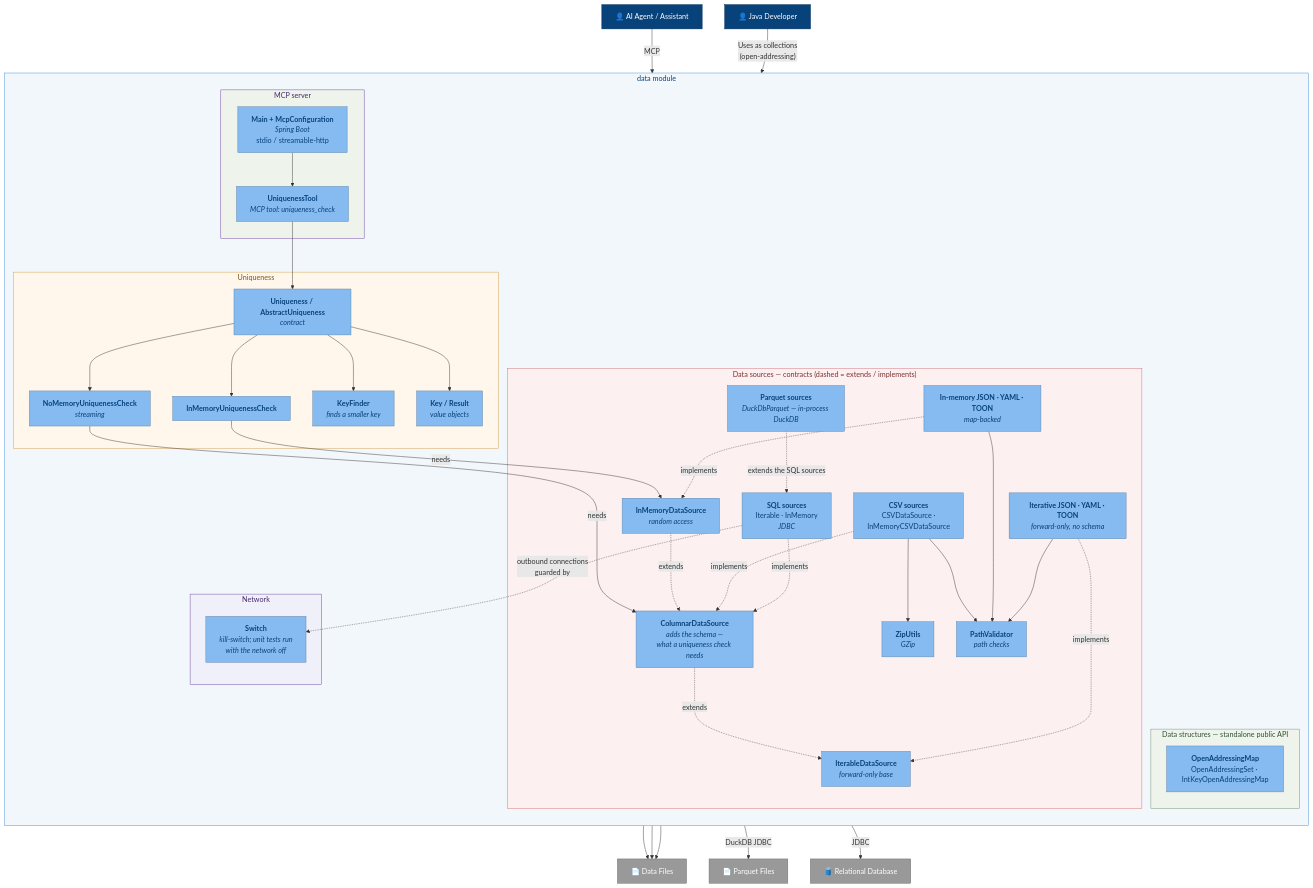
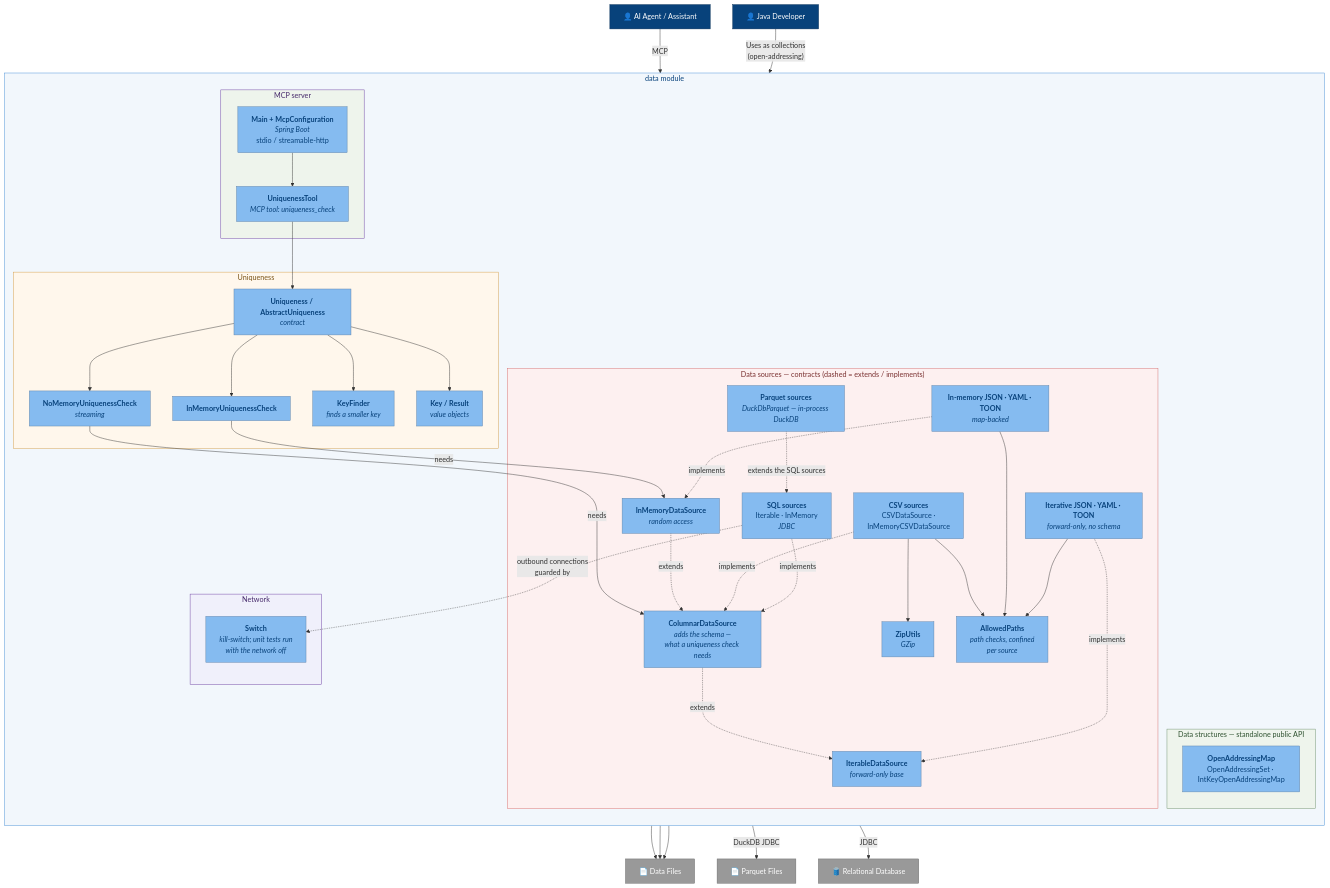
Before and after one commit to adamw7/tools: the third of 10 diagrams in docs/c4-architecture.md, drawn with Mermaid. The commit also changed 30 other files, not shown here.

```diff
--- a/docs/c4-architecture.md
+++ b/docs/c4-architecture.md
@@ -218,7 +218,7 @@
             parquetSrc["<b>Parquet sources</b><br/><i>DuckDbParquet — in-process DuckDB</i>"]
             jacksonMem["<b>In-memory JSON · YAML · TOON</b><br/><i>map-backed</i>"]
             jacksonIter["<b>Iterative JSON · YAML · TOON</b><br/><i>forward-only, no schema</i>"]
-            paths["<b>PathValidator</b><br/><i>path checks</i>"]
+            paths["<b>AllowedPaths</b><br/><i>path checks, confined<br/>per source</i>"]
             compression["<b>ZipUtils</b><br/><i>GZip</i>"]
         end
 
```
